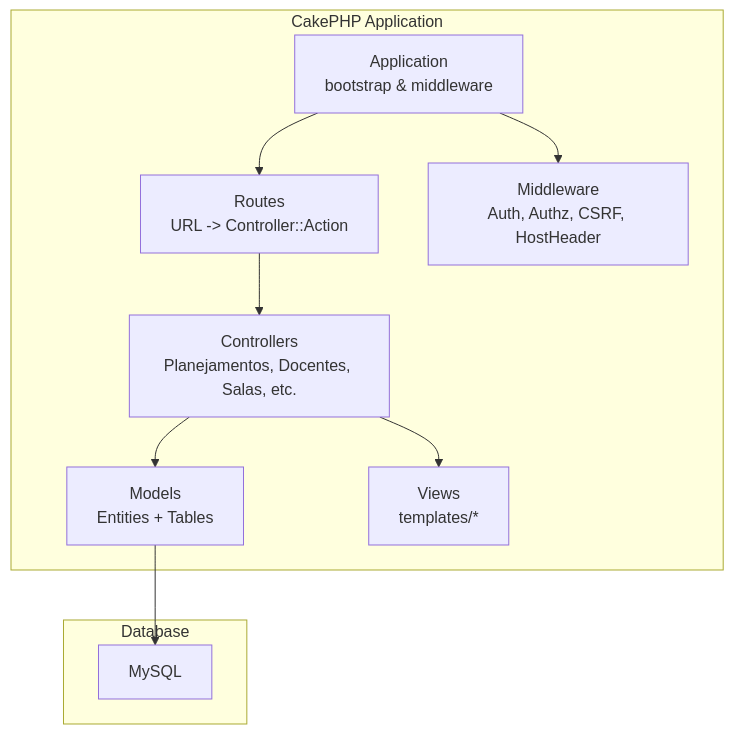
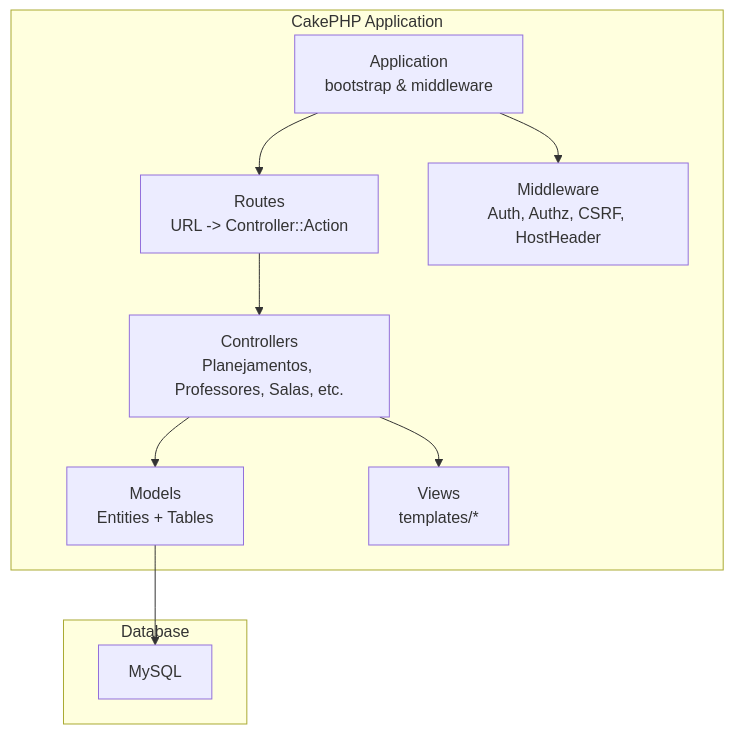
Before and after one commit to luiseduacosta/planejamento5: the first of 5 diagrams in .qoder/repowiki/en/content/Project Overview/Project Overview.md, drawn with Mermaid. The commit also changed other lines of this file and 37 other files, not shown here.

Commit message:
repowiki: rename Docentes → Professores in metadata

````diff
--- a/.qoder/repowiki/en/content/Project Overview/Project Overview.md
+++ b/.qoder/repowiki/en/content/Project Overview/Project Overview.md
@@ -54,20 +54,20 @@
 ```mermaid
 graph TB
 subgraph "CakePHP Application"
 A["Application<br/>bootstrap & middleware"]
 R["Routes<br/>URL -> Controller::Action"]
-C["Controllers<br/>Planejamentos, Docentes, Salas, etc."]
+C["Controllers<br/>Planejamentos, Professores, Salas, etc."]
 M["Models<br/>Entities + Tables"]
 V["Views<br/>templates/*"]
 MW["Middleware<br/>Auth, Authz, CSRF, HostHeader"]
 end
 subgraph "Database"
 DB["MySQL"]
 end
 A --> MW
 A --> R
 R --> C
 C --> M
 M --> DB
 C --> V
 ```
````
